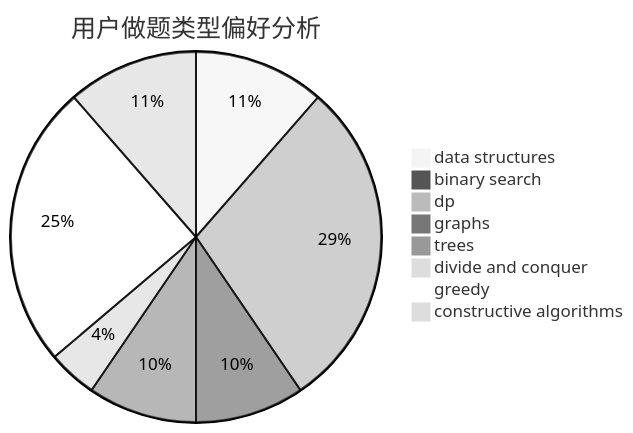
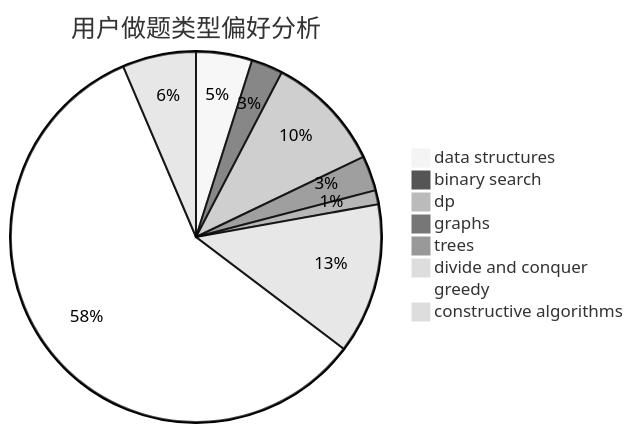
One commit to sherpahu/cfrs.github.io changed the second of 3 diagrams in docs/user/u941.md. Above: the diagram before and after it, drawn with Mermaid (neutral theme). The commit also changed other lines of this file and 2770 other files, not shown here.

````diff
--- a/docs/user/u941.md
+++ b/docs/user/u941.md
@@ -23,11 +23,11 @@
 ```mermaid
 pie title 用户做题类型偏好分析
-    "data structures" :  24
-    "binary search" :  0
-    "dp" :  61
+    "data structures" :  32
+    "binary search" :  18
+    "dp" :  67
     "graphs" :  20
-    "trees" :  20
-    "divide and conquer" :  9
-    "greedy" :  52
-    "constructive algorithms" :  24
+    "trees" :  8
+    "divide and conquer" :  86
+    "greedy" :  381
+    "constructive algorithms" :  42
 ```
````
